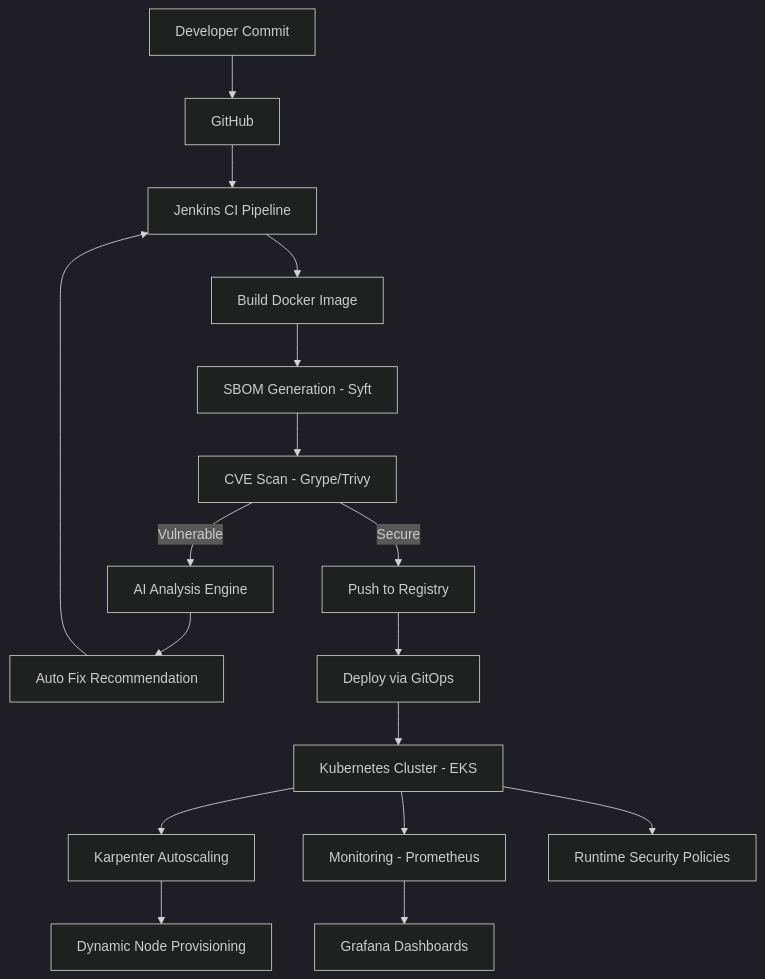
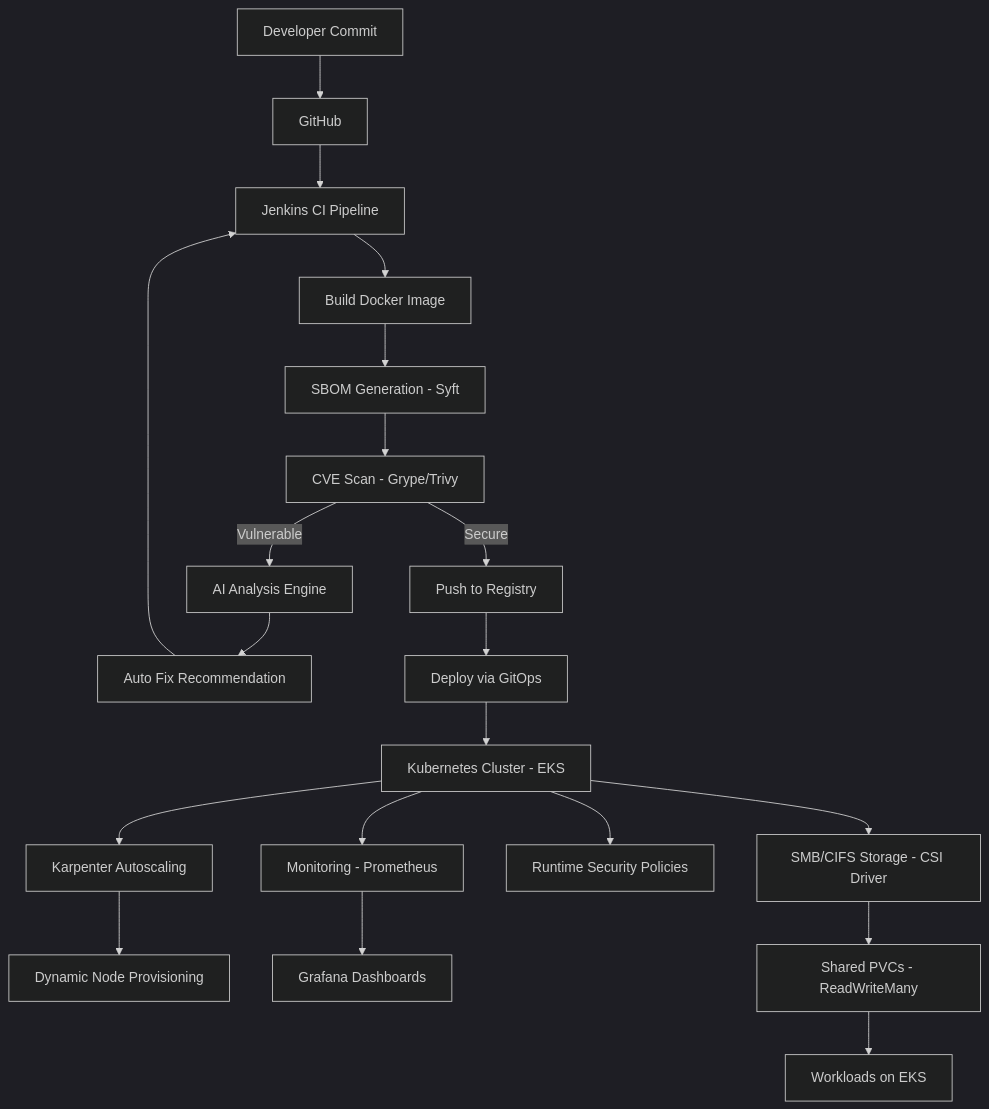
Before and after one commit to ashir321/work: the diagram in Plan.md, drawn with Mermaid (dark theme). The commit also changed 7 other files, not shown here.

First line of the commit message:
Add SMB/CIFS persistent storage guide and manifests for EKS

````diff
--- a/Plan.md
+++ b/Plan.md
@@ -1,27 +1,31 @@
 ```mermaid
 graph TD
 
 A[Developer Commit] --> B[GitHub]
 B --> C[Jenkins CI Pipeline]
 
 C --> D[Build Docker Image]
 D --> E[SBOM Generation - Syft]
 E --> F[CVE Scan - Grype/Trivy]
 
 F -->|Vulnerable| G[AI Analysis Engine]
 G --> H[Auto Fix Recommendation]
 H --> C
 
 F -->|Secure| I[Push to Registry]
 
 I --> J[Deploy via GitOps]
 J --> K[Kubernetes Cluster - EKS]
 
 K --> L[Karpenter Autoscaling]
 L --> M[Dynamic Node Provisioning]
 
 K --> N[Monitoring - Prometheus]
 N --> O[Grafana Dashboards]
 
 K --> P[Runtime Security Policies]
+
+K --> Q[SMB/CIFS Storage - CSI Driver]
+Q --> R[Shared PVCs - ReadWriteMany]
+R --> S[Workloads on EKS]
 ```
````
